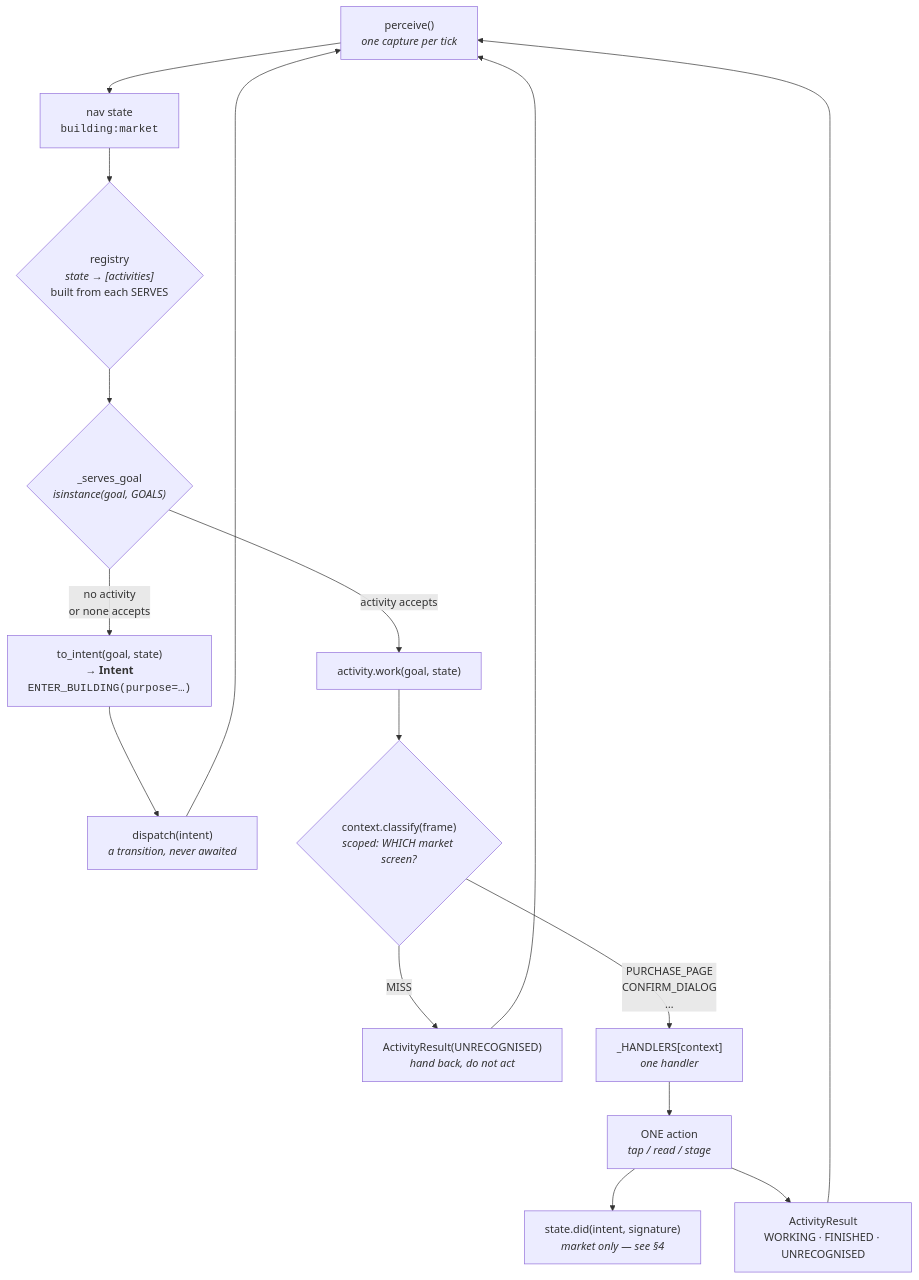
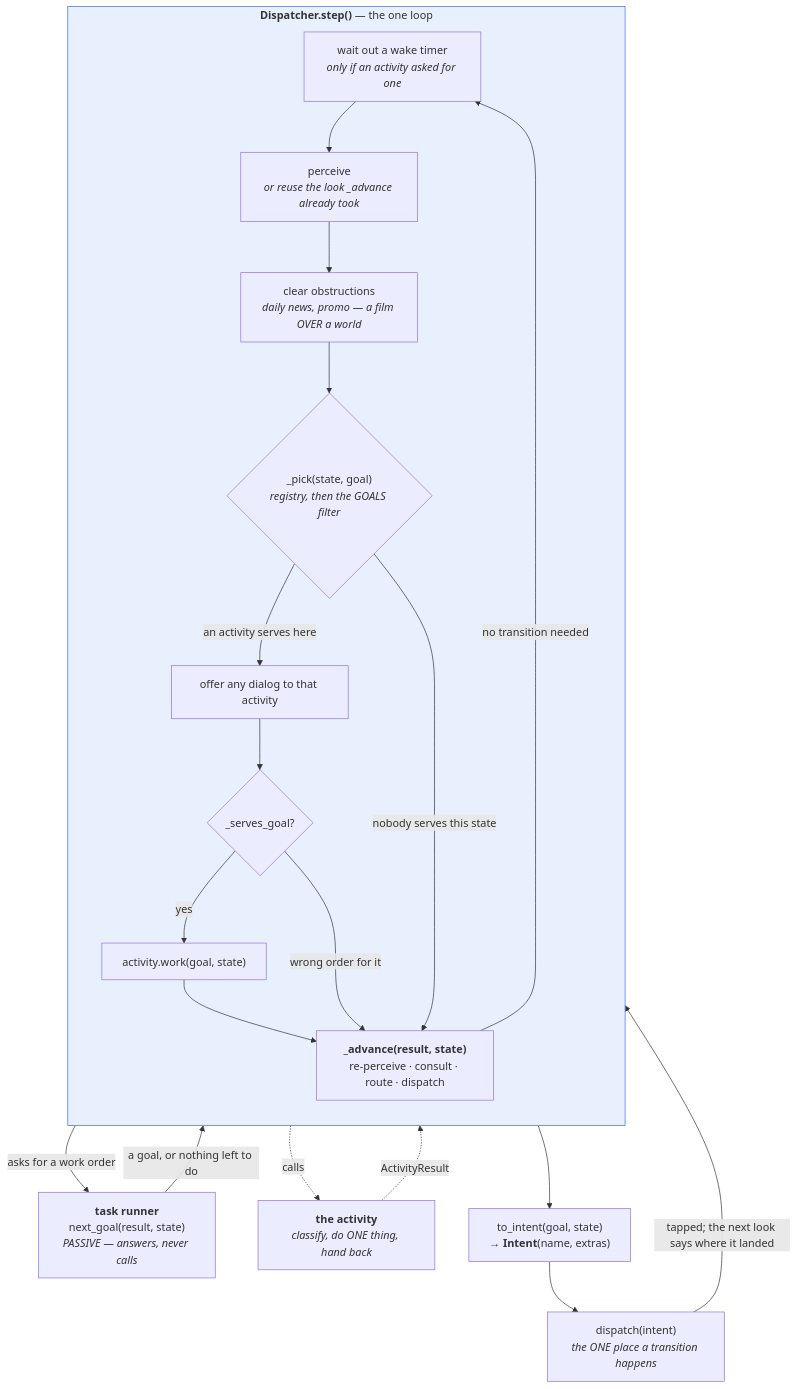
One commit to fortunatetumbleweed-commits/UWO-Bot changed the first of 7 diagrams in docs/activity_architecture.md. Above: the diagram before and after it, drawn with Mermaid. The commit also changed other lines of this file, not shown here.

First paragraph of the commit message:
Diagram 1 draws the dispatcher, which it had left out
The first diagram drew FUNCTIONS and never named the object that owns
the loop, so the obvious question had no answer on the page: which part
is the dispatcher? It is Dispatcher.step(), and it is all of it.

````diff
--- a/docs/activity_architecture.md
+++ b/docs/activity_architecture.md
@@ -13,24 +19,36 @@
 ```mermaid
-flowchart TD
-    P["perceive()<br/><i>one capture per tick</i>"] --> NS["nav state<br/><code>building:market</code>"]
+flowchart TB
+    subgraph D["<b>Dispatcher.step()</b> — the one loop"]
+        direction TB
+        W["wait out a wake timer<br/><i>only if an activity asked for one</i>"]
+        P["perceive<br/><i>or reuse the look _advance already took</i>"]
+        OB["clear obstructions<br/><i>daily news, promo — a film OVER a world</i>"]
+        PK{"_pick(state, goal)<br/><i>registry, then the GOALS filter</i>"}
+        DG["offer any dialog to that activity"]
+        SG{"_serves_goal?"}
+        WK["activity.work(goal, state)"]
+        ADV["<b>_advance(result, state)</b><br/>re-perceive · consult · route · dispatch"]
 
-    NS --> REG{"registry<br/><i>state → [activities]</i><br/>built from each SERVES"}
-    REG --> GF{"_serves_goal<br/><i>isinstance(goal, GOALS)</i>"}
+        W --> P --> OB --> PK
+        PK -->|"an activity serves here"| DG --> SG
+        SG -->|"yes"| WK --> ADV
+        SG -->|"wrong order for it"| ADV
+        PK -->|"nobody serves this state"| ADV
+    end
 
-    GF -->|"no activity<br/>or none accepts"| INT["to_intent(goal, state)<br/>→ <b>Intent</b><br/><code>ENTER_BUILDING(purpose=…)</code>"]
-    INT --> DISPATCH["dispatch(intent)<br/><i>a transition, never awaited</i>"]
-    DISPATCH --> P
+    TR["<b>task runner</b><br/>next_goal(result, state)<br/><i>PASSIVE — answers, never calls</i>"]
+    ACT["<b>the activity</b><br/><i>classify, do ONE thing, hand back</i>"]
+    INT["to_intent(goal, state)<br/>→ <b>Intent</b>(name, extras)"]
+    DSP["dispatch(intent)<br/><i>the ONE place a transition happens</i>"]
 
-    GF -->|"activity accepts"| WORK["activity.work(goal, state)"]
+    WK -.->|"calls"| ACT
+    ACT -.->|"ActivityResult"| ADV
+    ADV -->|"asks for a work order"| TR
+    TR -->|"a goal, or nothing left to do"| ADV
+    ADV --> INT --> DSP
+    DSP -->|"tapped; the next look says where it landed"| W
+    ADV -->|"no transition needed"| W
 
-    WORK --> CTX{"context.classify(frame)<br/><i>scoped: WHICH market screen?</i>"}
-    CTX -->|MISS| UNREC["ActivityResult(UNRECOGNISED)<br/><i>hand back, do not act</i>"]
-    CTX -->|"PURCHASE_PAGE<br/>CONFIRM_DIALOG<br/>…"| H["_HANDLERS[context]<br/><i>one handler</i>"]
-
-    H --> ACT["ONE action<br/><i>tap / read / stage</i>"]
-    ACT --> DID["state.did(intent, signature)<br/><i>market only — see §4</i>"]
-    ACT --> RES["ActivityResult<br/>WORKING · FINISHED · UNRECOGNISED"]
-
-    RES --> P
-    UNREC --> P
+    classDef owner fill:#e8f0fe,stroke:#4169e1
+    class D owner
 ```
````
